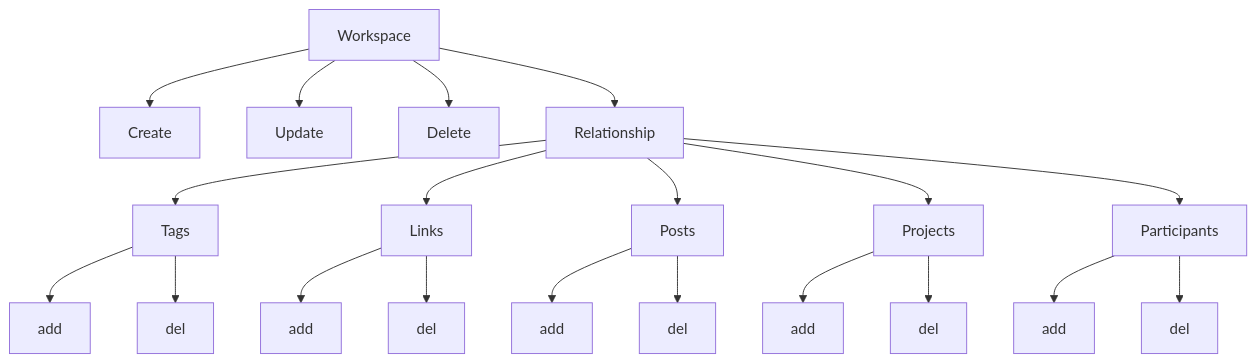
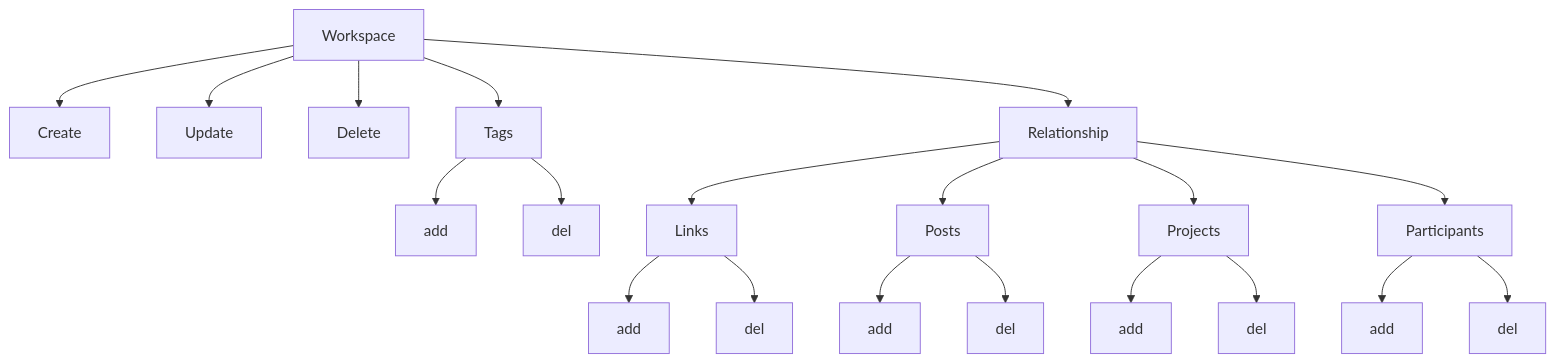
The second of 2 diagrams in README.md (DviDev/workspace-module), drawn with Mermaid before and after one commit.

````diff
--- a/README.md
+++ b/README.md
@@ -12,23 +12,23 @@
 ```mermaid
 graph TD;
     Workspace-->Create;
     Workspace-->Update;
     Workspace-->Delete;
-    Workspace-->Relationship;
-    Relationship-->Tags;
+    Workspace-->Tags;
     Tags-->TagsAdd[add];
     Tags-->TagsDel[del];
+    Workspace-->Relationship;
     Relationship-->Links;
     Links-->LinkAdd[add];
     Links-->LinkDel[del];
     Relationship-->Posts;
     Posts-->PostAdd[add];
     Posts-->PostDel[del];
     Relationship-->Projects;
     Projects-->ProjectAdd[add];
     Projects-->ProjectDel[del];
     Relationship-->Participants;
     Participants-->ParticipantAdd[add];
     Participants-->ParticipantDel[del];
     
 ```
````
